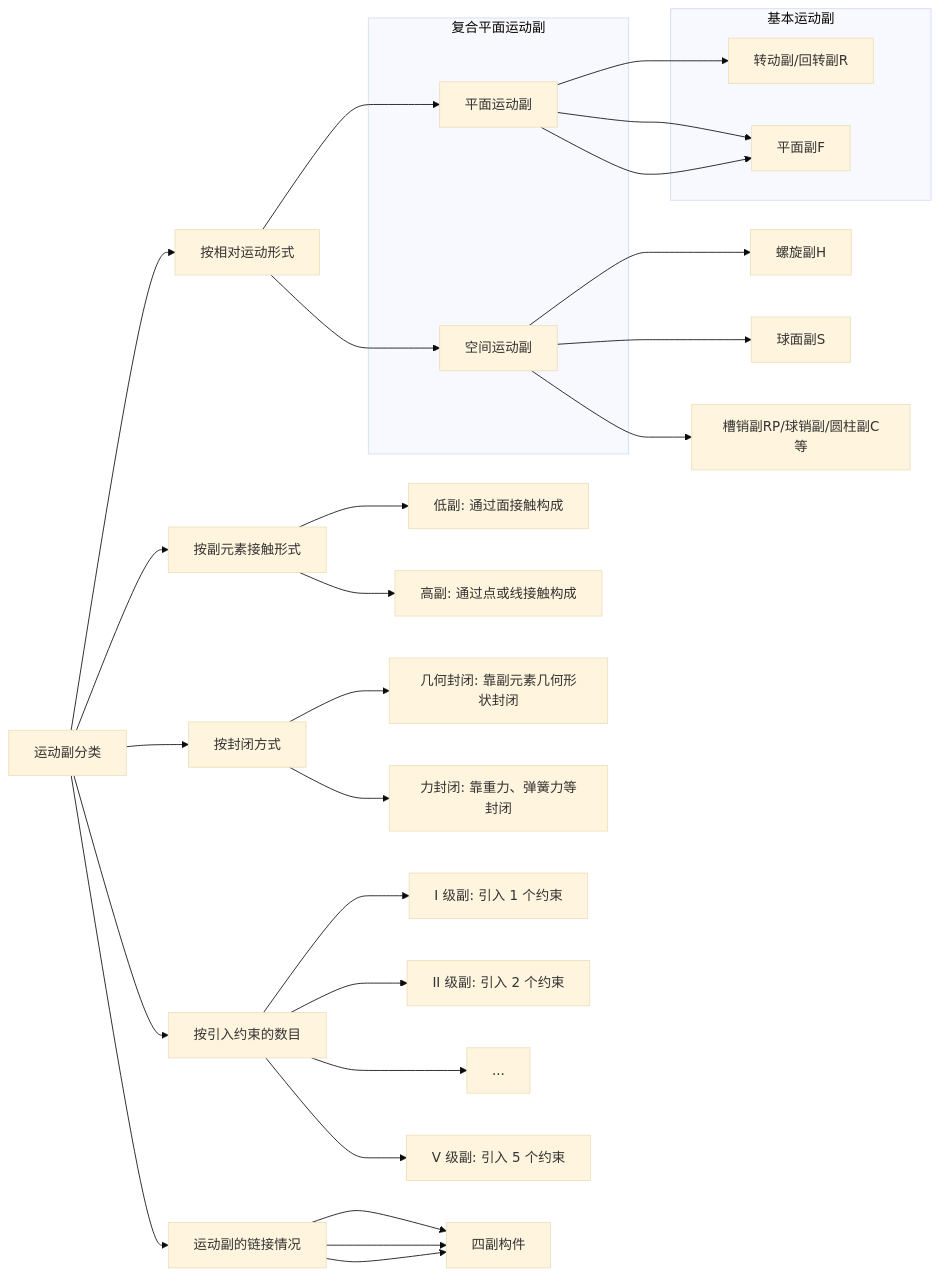
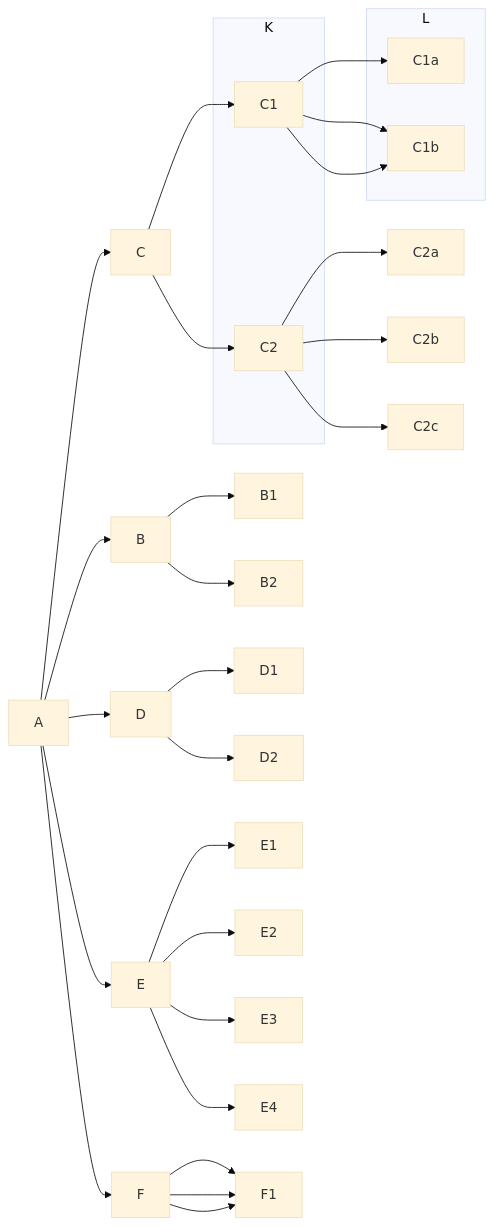
One commit to Qmdm/qmdthings changed the second of 2 diagrams in notes/mech/mechanical-principles.qmd. Above: the diagram before and after it, drawn with Mermaid (base theme). The commit also changed other lines of this file and 78 other files, not shown here.

````diff
--- a/notes/mech/mechanical-principles.qmd
+++ b/notes/mech/mechanical-principles.qmd
@@ -83,46 +83,46 @@
 ```{mermaid}
 graph LR
 
-A["运动副分类"] --> B["按副元素接触形式"]
-B --> B1["低副: 通过面接触构成"]
-B --> B2["高副: 通过点或线接触构成"]
+A --> B
+B --> B1
+B --> B2
 
-A --> C["按相对运动形式"]
+A --> C
 
-subgraph K ["复合平面运动副"]
-C1["平面运动副"]
-C2["空间运动副"]
+subgraph K 
+C1
+C2
 end
 
 C --> C1
 C --> C2
 
 
-subgraph L ["基本运动副"]
-C1a["转动副/回转副R"]
-C1b["移动副P"]
+subgraph L 
+C1a
+C1b
 end
 
-C1 --> C1a["转动副/回转副R"]
-C1 --> C1b["移动副P"]
-C1 --> C1b["平面副F"]
+C1 --> C1a
+C1 --> C1b
+C1 --> C1b
 
-C2 --> C2a["螺旋副H"]
-C2 --> C2b["球面副S"]
-C2 --> C2c["槽销副RP/球销副/圆柱副C等"]
+C2 --> C2a
+C2 --> C2b
+C2 --> C2c
 
-A --> D["按封闭方式"]
-D --> D1["几何封闭: 靠副元素几何形状封闭"]
-D --> D2["力封闭: 靠重力、弹簧力等封闭"]
+A --> D
+D --> D1
+D --> D2
 
-A --> E["按引入约束的数目"]
-E --> E1["I 级副: 引入 1 个约束"]
-E --> E2["II 级副: 引入 2 个约束"]
-E --> E3["..."]
-E --> E4["V 级副: 引入 5 个约束"]
+A --> E
+E --> E1
+E --> E2
+E --> E3
+E --> E4
 
-A--> F["运动副的链接情况"]
-F--> F1["单副构件"]
-F--> F1["两副构件"]
-F--> F1["四副构件"]
+A--> F
+F--> F1
+F--> F1
+F--> F1
 ```
````
